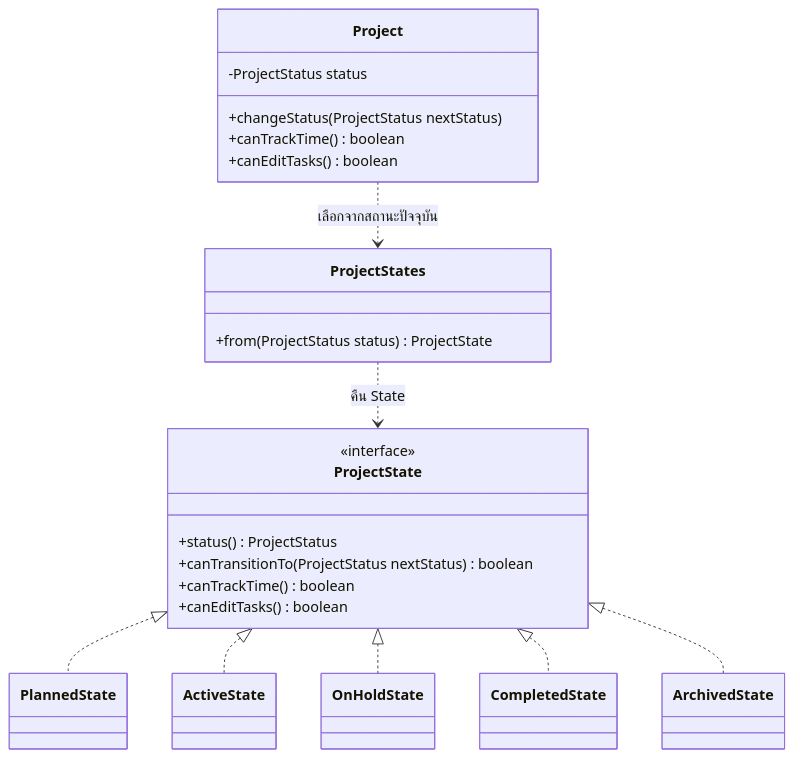
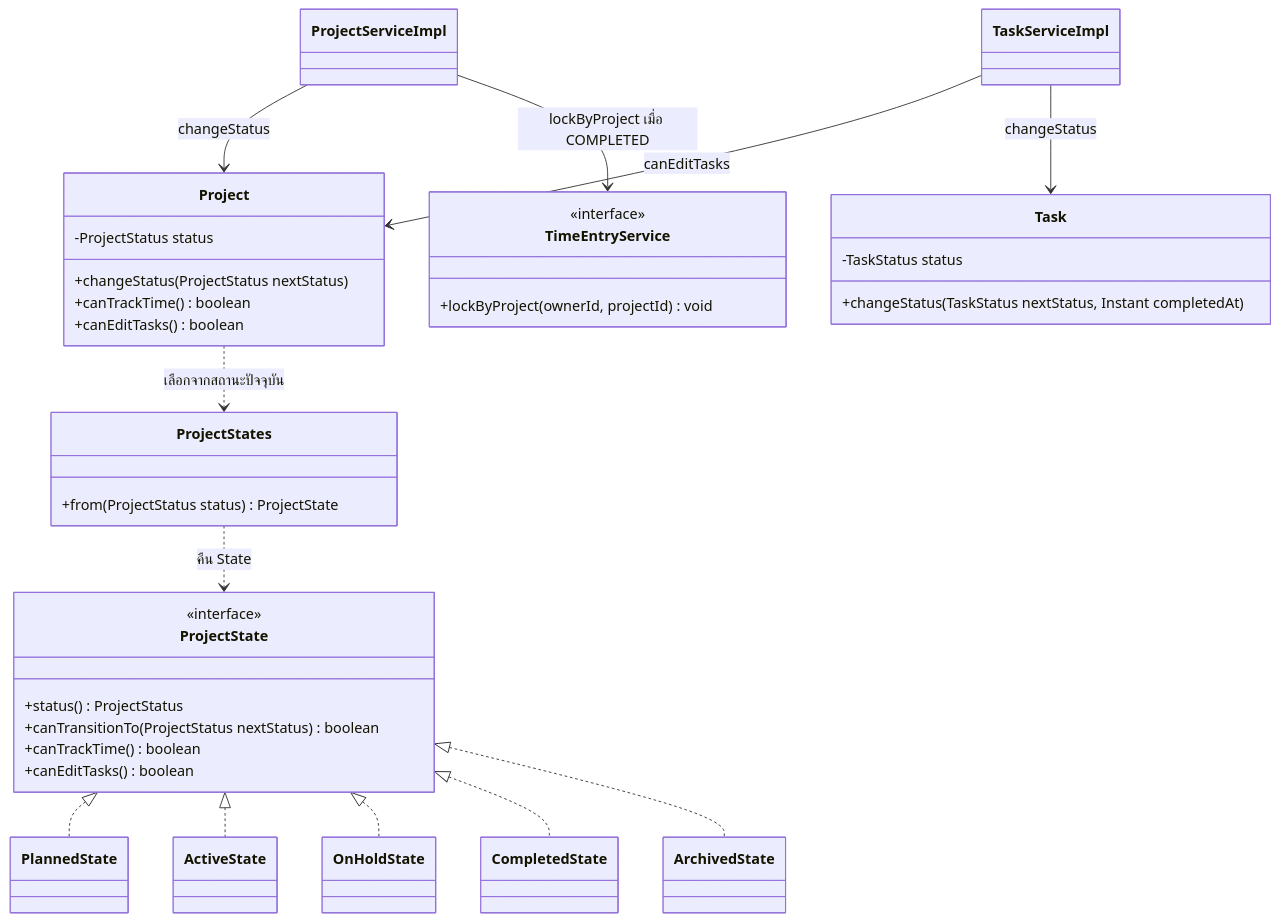
Before and after one commit to lillianxhub/freelance-hub: the first of 3 diagrams in doc/V1/DESIGN/kantavit-design.md, drawn with Mermaid. The commit also changed other lines of this file and 7 other files, not shown here.

````diff
--- a/doc/V1/DESIGN/kantavit-design.md
+++ b/doc/V1/DESIGN/kantavit-design.md
@@ -16,31 +20,45 @@
 ```mermaid
 classDiagram
     class Project {
         -ProjectStatus status
         +changeStatus(ProjectStatus nextStatus)
         +canTrackTime() boolean
         +canEditTasks() boolean
     }
     class ProjectStates {
         +from(ProjectStatus status) ProjectState
     }
     class ProjectState {
         <<interface>>
         +status() ProjectStatus
         +canTransitionTo(ProjectStatus nextStatus) boolean
         +canTrackTime() boolean
         +canEditTasks() boolean
     }
     class PlannedState
     class ActiveState
     class OnHoldState
     class CompletedState
     class ArchivedState
+    class ProjectServiceImpl
+    class TaskServiceImpl
+    class Task {
+        -TaskStatus status
+        +changeStatus(TaskStatus nextStatus, Instant completedAt)
+    }
+    class TimeEntryService {
+        <<interface>>
+        +lockByProject(ownerId, projectId) void
+    }
     Project ..> ProjectStates : เลือกจากสถานะปัจจุบัน
     ProjectStates ..> ProjectState : คืน State
     ProjectState <|.. PlannedState
     ProjectState <|.. ActiveState
     ProjectState <|.. OnHoldState
     ProjectState <|.. CompletedState
     ProjectState <|.. ArchivedState
+    ProjectServiceImpl --> Project : changeStatus
+    ProjectServiceImpl --> TimeEntryService : lockByProject เมื่อ COMPLETED
+    TaskServiceImpl --> Project : canEditTasks
+    TaskServiceImpl --> Task : changeStatus
 ```
````
